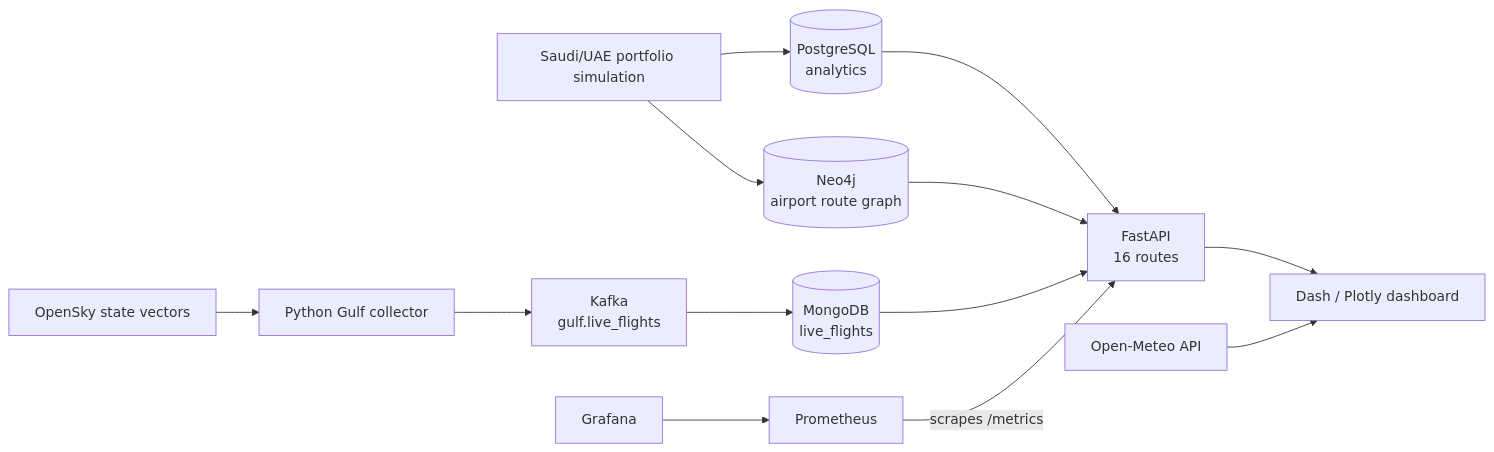
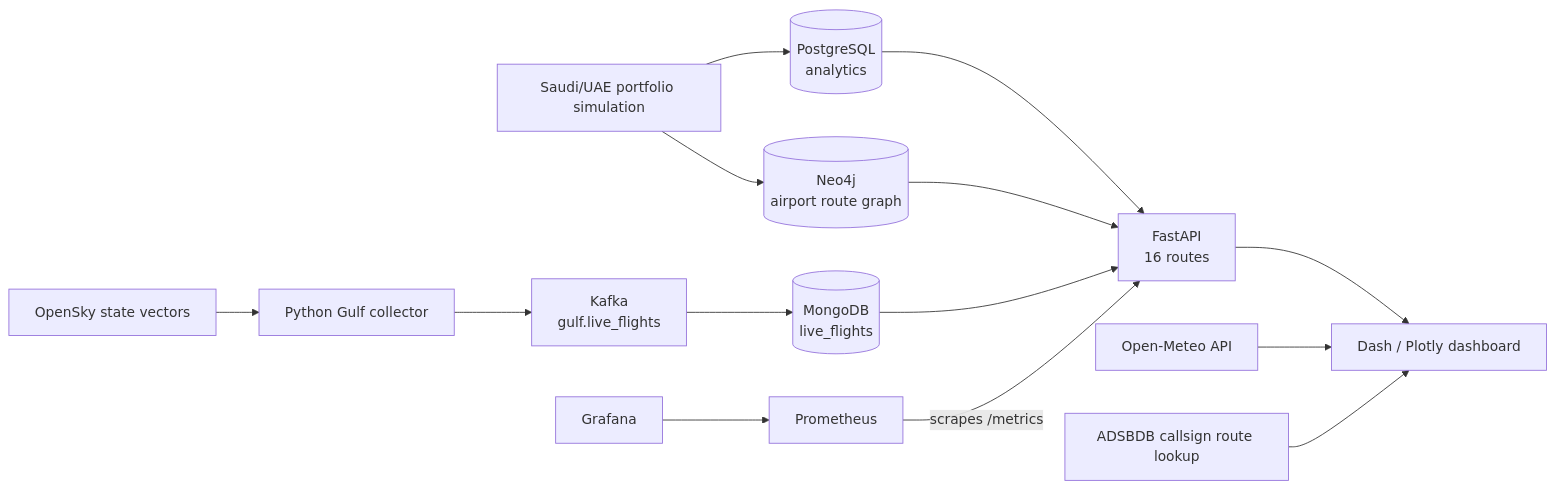
One commit to HassanSalamB/dst-airlines changed the first of 4 diagrams in README.md. Above: the diagram before and after it, drawn with Mermaid. The commit also changed other lines of this file and 6 other files, not shown here.

Commit message:
Enrich live routes and explain dashboard views

````diff
--- a/README.md
+++ b/README.md
@@ -33,17 +33,18 @@
 ```mermaid
 flowchart LR
     simulation["Saudi/UAE portfolio simulation"] --> pg[("PostgreSQL<br/>analytics")]
     simulation --> neo4j[("Neo4j<br/>airport route graph")]
     opensky["OpenSky state vectors"] --> collector["Python Gulf collector"]
     collector --> kafka["Kafka<br/>gulf.live_flights"]
     kafka --> mongo[("MongoDB<br/>live_flights")]
 
     pg --> api["FastAPI<br/>16 routes"]
     mongo --> api
     neo4j --> api
     api --> dashboard["Dash / Plotly dashboard"]
     weather["Open-Meteo API"] --> dashboard
+    routes["ADSBDB callsign route lookup"] --> dashboard
 
     prometheus["Prometheus"] -->|"scrapes /metrics"| api
     grafana["Grafana"] --> prometheus
 ```
````
